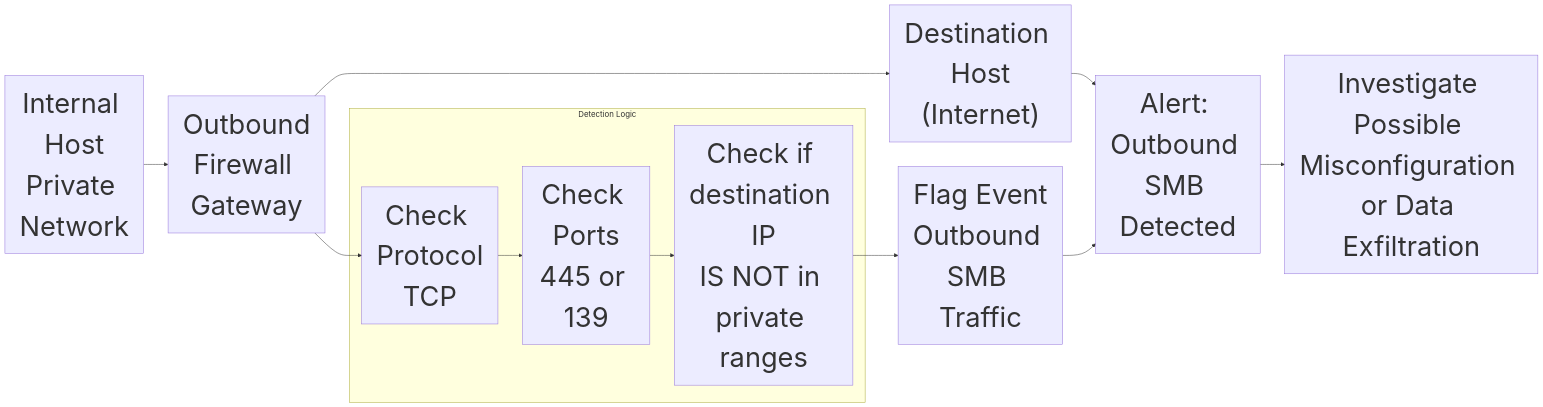
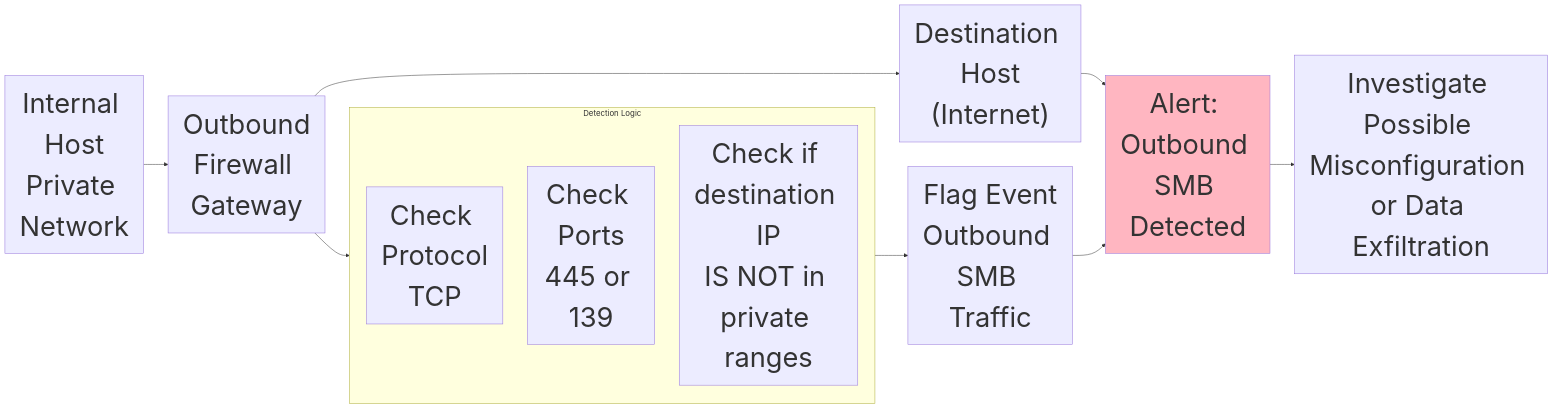
One commit to gcastill0/project-07-SIEM-Detections changed the diagram in Cisco-Meraki-MX-Firewall.md. Above: the diagram before and after it, drawn with Mermaid.

Commit message:
Adding new sources

````diff
--- a/Cisco-Meraki-MX-Firewall.md
+++ b/Cisco-Meraki-MX-Firewall.md
@@ -15,32 +15,28 @@
 ```mermaid
 flowchart LR
  subgraph SB["Detection Logic"]
         D["Check Protocol<br>TCP"]
         E["Check Ports<br>445 or 139"]
         F["Check if destination IP<br>IS NOT in private ranges"]
   end
-    A["Internal Host<br>Private Network"]:::logicStyle
+    A["Internal Host<br>Private Network"]
     B["Outbound<br>Firewall Gateway"]
     C["Destination Host<br>(Internet)"]
     A --> B
     B --> C
     C --> H
-    B --> D
-    D --> E
-    E --> F
-    F --> G["Flag Event<br>Outbound SMB Traffic"]
+    B --> SB
+    SB --> G["Flag Event<br>Outbound SMB Traffic"]
     G --> H["Alert: Outbound SMB Detected"]
     H --> I["Investigate Possible Misconfiguration or Data Exfiltration"]
 
     style A font-size:2.4ch;
     style B font-size:2.4ch;
     style C font-size:2.4ch;
     style D font-size:2.4ch;
     style E font-size:2.4ch;
     style F font-size:2.4ch;
     style G font-size:2.4ch;
-    style H font-size:2.4ch;
+    style H fill:lightpink,font-size:2.4ch;
     style I font-size:2.4ch;
-
-    classDef logicStyle font-size:2.4ch;
 ```
````
